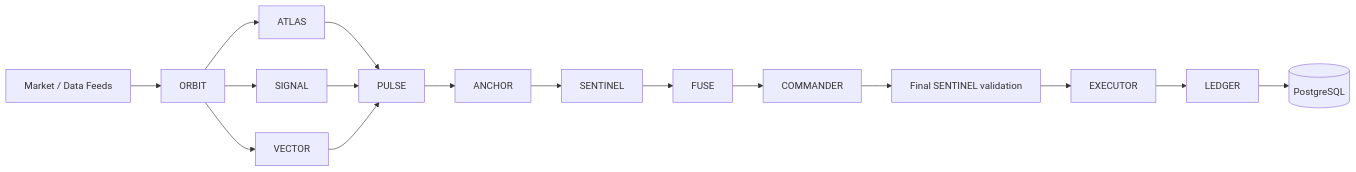
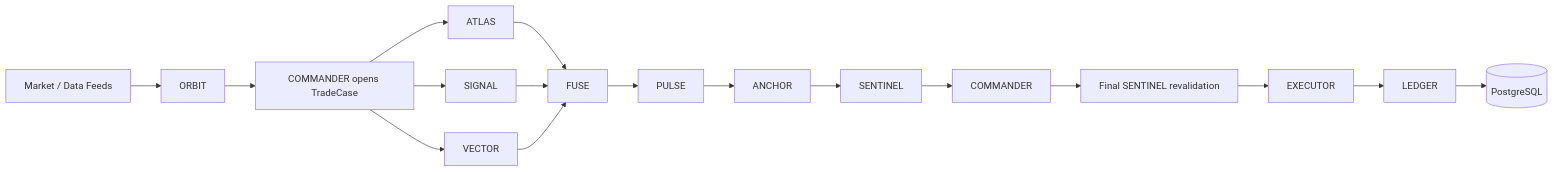
Before and after one commit to CryptoRoaster/rh-agents: the diagram in ARCHITECTURE.md, drawn with Mermaid. The commit also changed other lines of this file and 18 other files, not shown here.

First line of the commit message:
add phase 2a trade case workflow

````diff
--- a/ARCHITECTURE.md
+++ b/ARCHITECTURE.md
@@ -20,14 +20,15 @@
 ```mermaid
 flowchart LR
   Feeds[Market / Data Feeds] --> ORBIT
-  ORBIT --> ATLAS
-  ORBIT --> SIGNAL
-  ORBIT --> VECTOR
-  ATLAS --> PULSE
-  SIGNAL --> PULSE
-  VECTOR --> PULSE
-  PULSE --> ANCHOR --> SENTINEL --> FUSE --> COMMANDER
-  COMMANDER --> FinalRisk[Final SENTINEL validation]
+  ORBIT --> Open[COMMANDER opens TradeCase]
+  Open --> ATLAS
+  Open --> SIGNAL
+  Open --> VECTOR
+  ATLAS --> FUSE
+  SIGNAL --> FUSE
+  VECTOR --> FUSE
+  FUSE --> PULSE --> ANCHOR --> SENTINEL --> COMMANDER
+  COMMANDER --> FinalRisk[Final SENTINEL revalidation]
   FinalRisk --> EXECUTOR --> LEDGER
   LEDGER --> DB[(PostgreSQL)]
 ```
````
